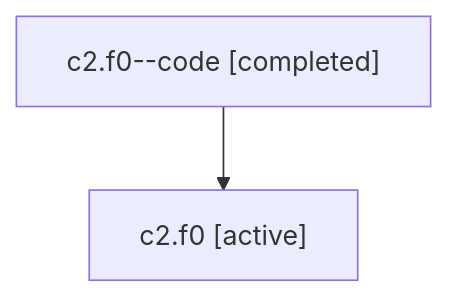
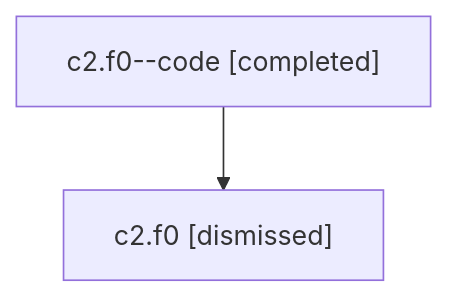
Before and after one commit to sase-org/sase--agents: the diagram in sessions/bbugyi200.athena.c2.f0.md, drawn with Mermaid. The commit also changed other lines of this file and 22 other files, not shown here.

````diff
--- a/sessions/bbugyi200.athena.c2.f0.md
+++ b/sessions/bbugyi200.athena.c2.f0.md
@@ -9,6 +9,6 @@
 ```mermaid
 flowchart TD
   n0["c2.f0--code [completed]"]
-  n1["c2.f0 [active]"]
+  n1["c2.f0 [dismissed]"]
   n0 --> n1
 ```
````
